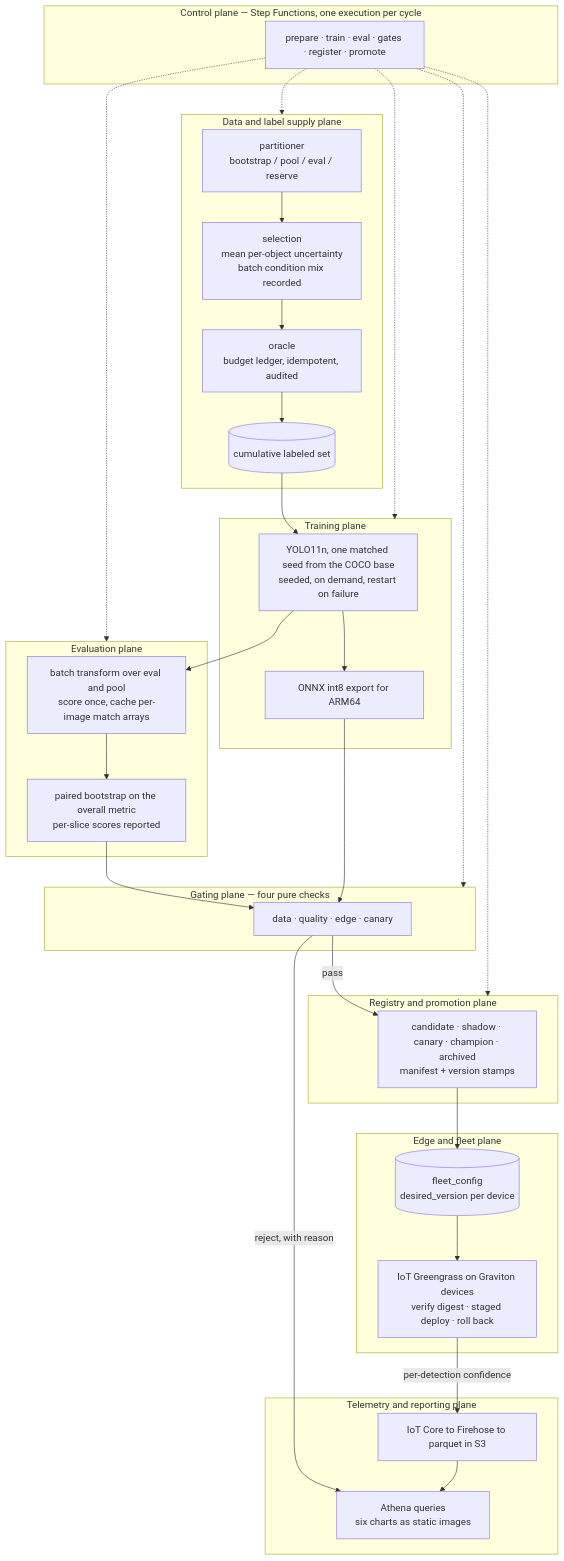
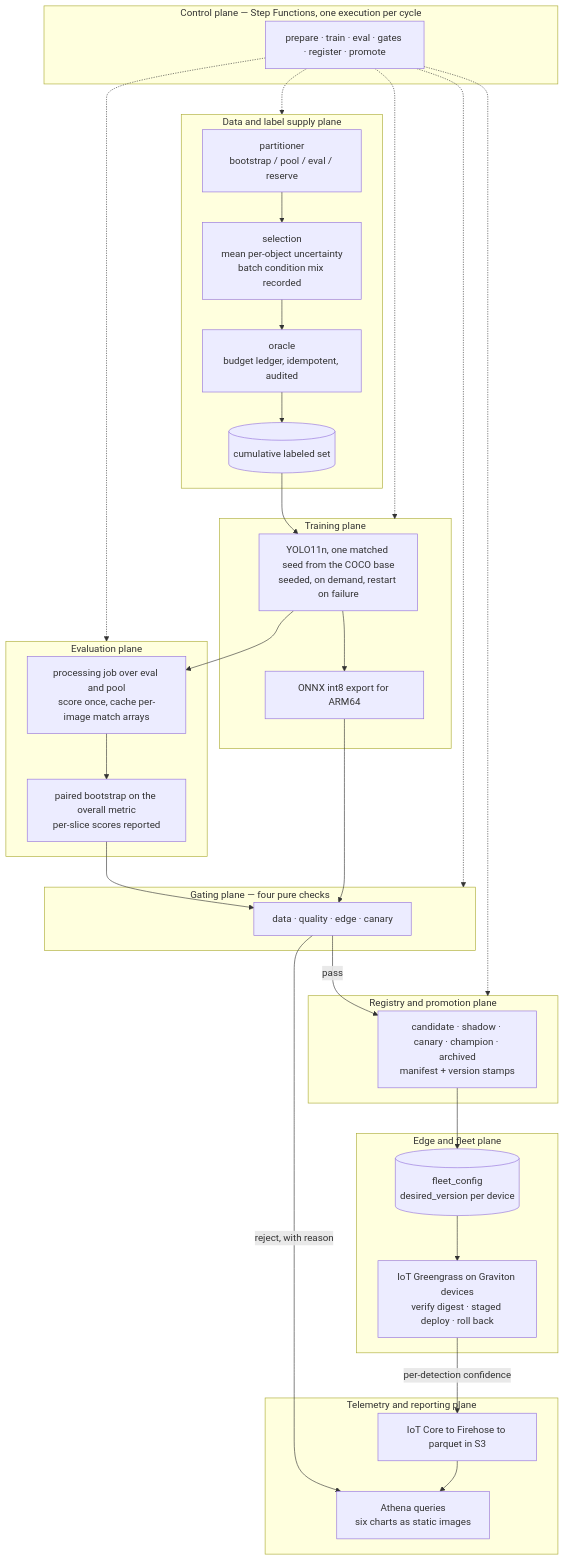
The diagram in docs/00-overview.md (arnavnair220/edge-ml-flywheel), drawn with Mermaid before and after one commit. The commit also changed 22 other files, not shown here.

````diff
--- a/docs/00-overview.md
+++ b/docs/00-overview.md
@@ -86,63 +86,63 @@
 ```mermaid
 flowchart TB
     subgraph CTRL["Control plane — Step Functions, one execution per cycle"]
         SFN["prepare · train · eval · gates · register · promote"]
     end
 
     subgraph DATA["Data and label supply plane"]
         PART["partitioner<br/>bootstrap / pool / eval / reserve"]
         SEL["selection<br/>mean per-object uncertainty<br/>batch condition mix recorded"]
         ORACLE["oracle<br/>budget ledger, idempotent, audited"]
         POOL[("cumulative labeled set")]
     end
 
     subgraph TRAIN["Training plane"]
         SEEDS["YOLO11n, one matched seed from the COCO base<br/>seeded, on demand, restart on failure"]
         EXPORT["ONNX int8 export for ARM64"]
     end
 
     subgraph EVAL["Evaluation plane"]
-        SCORE["batch transform over eval and pool<br/>score once, cache per-image match arrays"]
+        SCORE["processing job over eval and pool<br/>score once, cache per-image match arrays"]
         BOOT["paired bootstrap on the overall metric<br/>per-slice scores reported"]
     end
 
     subgraph GATE["Gating plane — four pure checks"]
         G["data · quality · edge · canary"]
     end
 
     subgraph REG["Registry and promotion plane"]
         SM["candidate · shadow · canary · champion · archived<br/>manifest + version stamps"]
     end
 
     subgraph EDGE["Edge and fleet plane"]
         CFG[("fleet_config<br/>desired_version per device")]
         AGENT["IoT Greengrass on Graviton devices<br/>verify digest · staged deploy · roll back"]
     end
 
     subgraph OBS["Telemetry and reporting plane"]
         TEL["IoT Core to Firehose to parquet in S3"]
         DASH["Athena queries<br/>six charts as static images"]
     end
 
     PART --> SEL
     SEL --> ORACLE
     ORACLE --> POOL
     POOL --> SEEDS
     SEEDS --> SCORE
     SCORE --> BOOT
     BOOT --> G
     SEEDS --> EXPORT
     EXPORT --> G
     G -->|pass| SM
     G -->|"reject, with reason"| DASH
     SM --> CFG
     CFG --> AGENT
     AGENT -->|"per-detection confidence"| TEL
     TEL --> DASH
 
     SFN -.-> DATA
     SFN -.-> TRAIN
     SFN -.-> EVAL
     SFN -.-> GATE
     SFN -.-> REG
 ```
````
